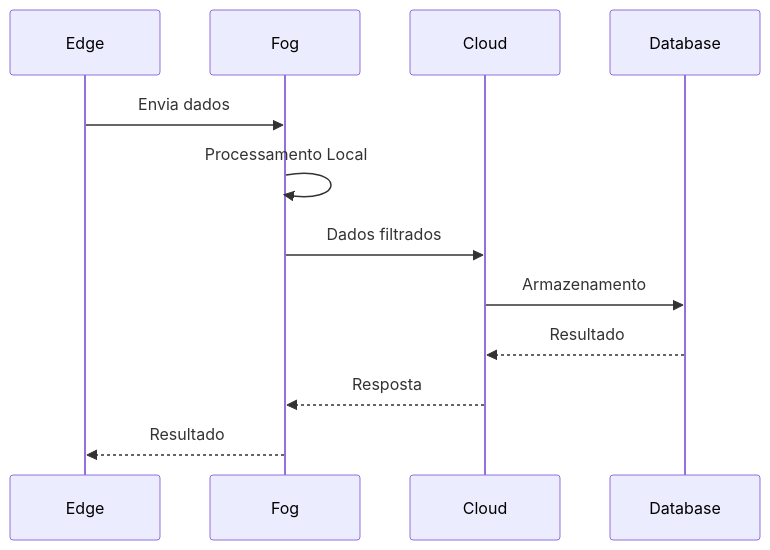
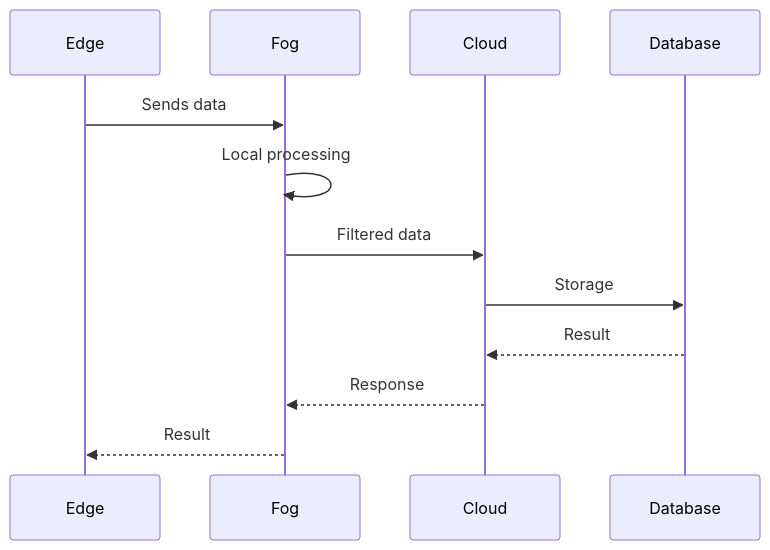
One commit to PedroEduardo68/Unisinos-FogCloudEdge changed the diagram in README.md. Above: the diagram before and after it, drawn with Mermaid. The commit also changed other lines of this file, not shown here.

````diff
--- a/README.md
+++ b/README.md
@@ -43,16 +41,16 @@
 ```mermaid
 sequenceDiagram
 
 participant Edge
 participant Fog
 participant Cloud
 participant Database
 
-Edge->>Fog: Envia dados
-Fog->>Fog: Processamento Local
-Fog->>Cloud: Dados filtrados
-Cloud->>Database: Armazenamento
-Database-->>Cloud: Resultado
-Cloud-->>Fog: Resposta
-Fog-->>Edge: Resultado
+Edge->>Fog: Sends data
+Fog->>Fog: Local processing
+Fog->>Cloud: Filtered data
+Cloud->>Database: Storage
+Database-->>Cloud: Result
+Cloud-->>Fog: Response
+Fog-->>Edge: Result
 ```
````
